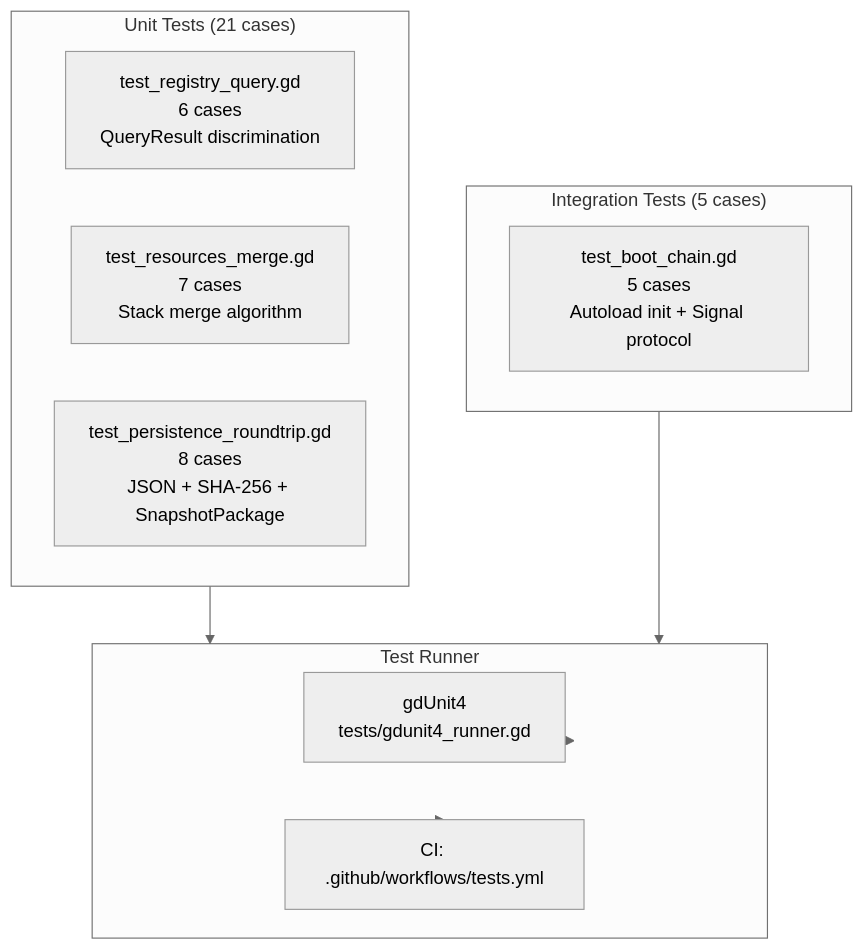
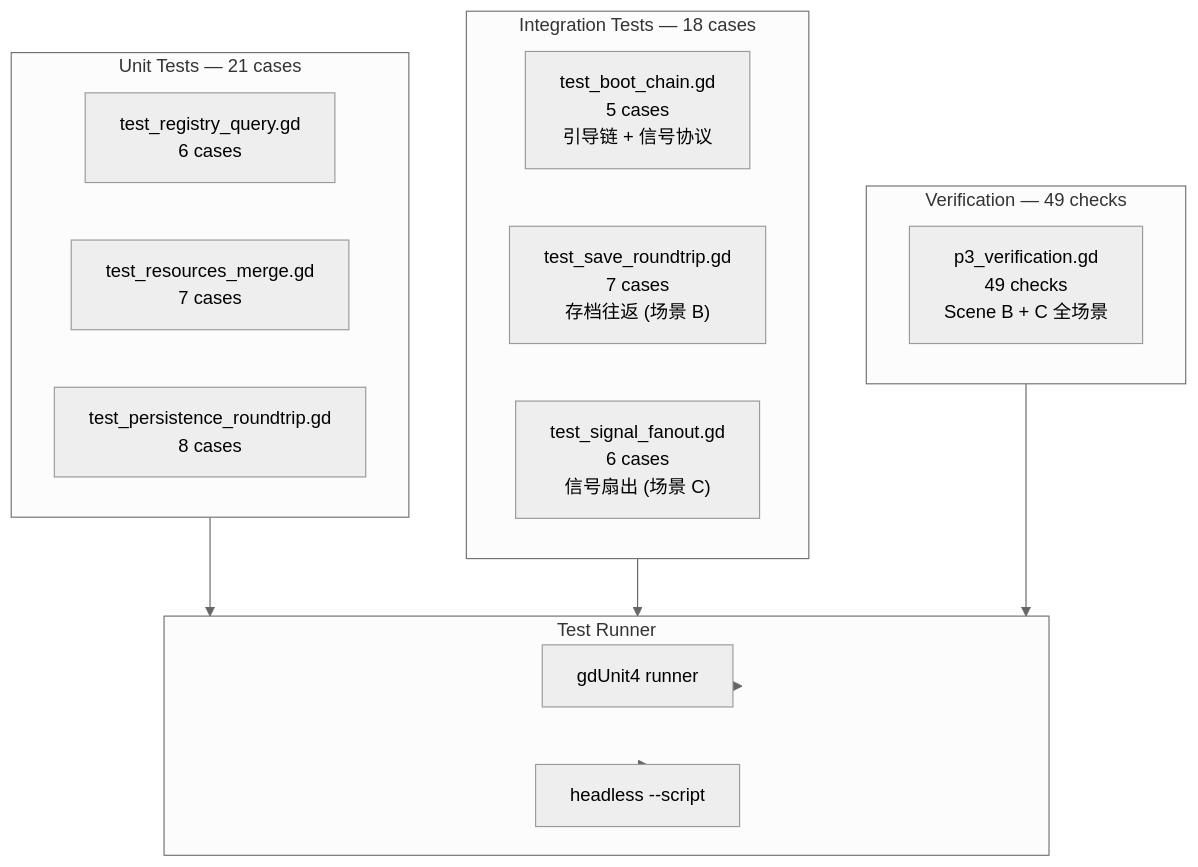
The ninth of 15 diagrams in docs/document-index.md (lieinsay/Claude-Code-Game-Studios), drawn with Mermaid (neutral theme) before and after one commit. The commit also changed other lines of this file, not shown here.

First line of the commit message:
完善 P3 架构文档 — 信号拓扑图 + 测试架构更新 + 统计数据同步

````diff
--- a/docs/document-index.md
+++ b/docs/document-index.md
@@ -715,22 +715,29 @@
 ```mermaid
 graph TB
-    subgraph Unit["Unit Tests (21 cases)"]
-        U1["test_registry_query.gd<br/>6 cases<br/>QueryResult discrimination"]
-        U2["test_resources_merge.gd<br/>7 cases<br/>Stack merge algorithm"]
-        U3["test_persistence_roundtrip.gd<br/>8 cases<br/>JSON + SHA-256 + SnapshotPackage"]
+    subgraph Unit["Unit Tests — 21 cases"]
+        U1["test_registry_query.gd<br/>6 cases"]
+        U2["test_resources_merge.gd<br/>7 cases"]
+        U3["test_persistence_roundtrip.gd<br/>8 cases"]
     end
 
-    subgraph Integration["Integration Tests (5 cases)"]
-        I1["test_boot_chain.gd<br/>5 cases<br/>Autoload init + Signal protocol"]
+    subgraph Integration["Integration Tests — 18 cases"]
+        I1["test_boot_chain.gd<br/>5 cases<br/>引导链 + 信号协议"]
+        I2["test_save_roundtrip.gd<br/>7 cases<br/>存档往返 (场景 B)"]
+        I3["test_signal_fanout.gd<br/>6 cases<br/>信号扇出 (场景 C)"]
+    end
+
+    subgraph Verification["Verification — 49 checks"]
+        V1["p3_verification.gd<br/>49 checks<br/>Scene B + C 全场景"]
     end
 
     subgraph Runner["Test Runner"]
-        R1["gdUnit4<br/>tests/gdunit4_runner.gd"]
-        R2["CI: .github/workflows/tests.yml"]
+        R1["gdUnit4 runner"]
+        R2["headless --script"]
     end
 
     Unit --> Runner
     Integration --> Runner
+    Verification --> Runner
     Runner --> R1
     Runner --> R2
 ```
````
